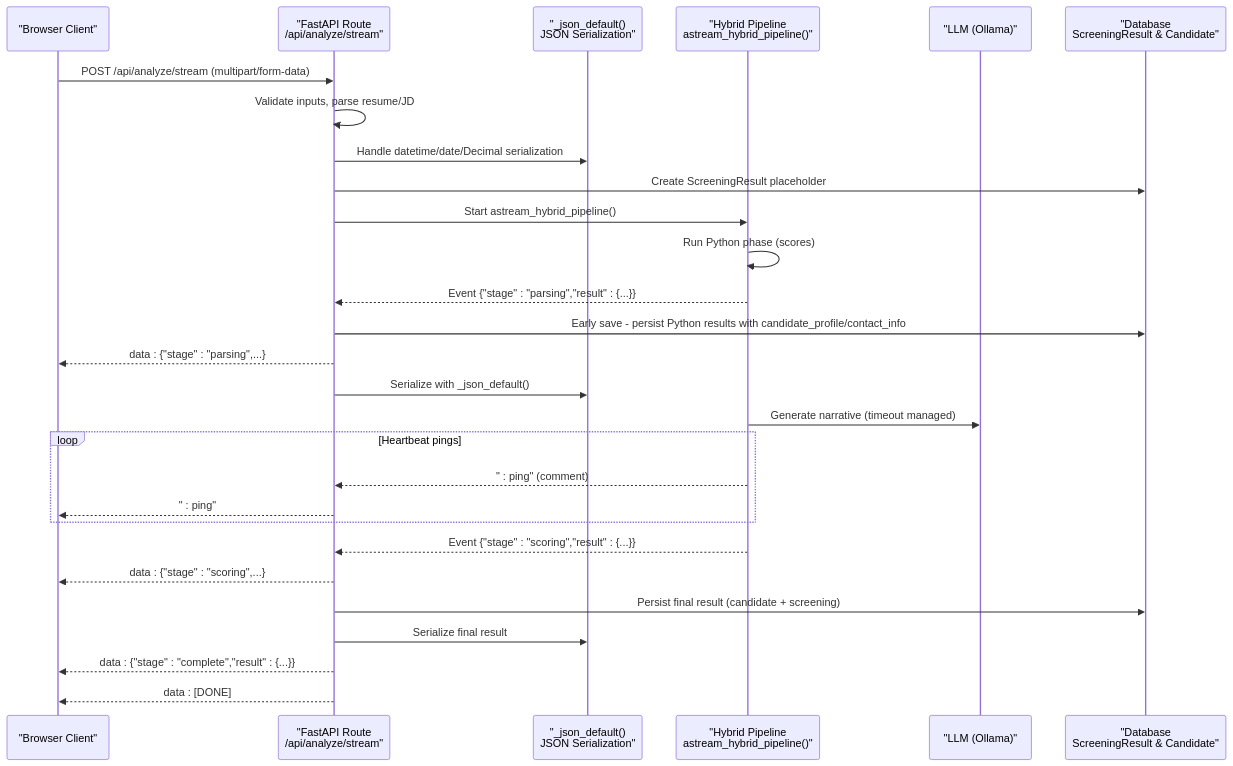
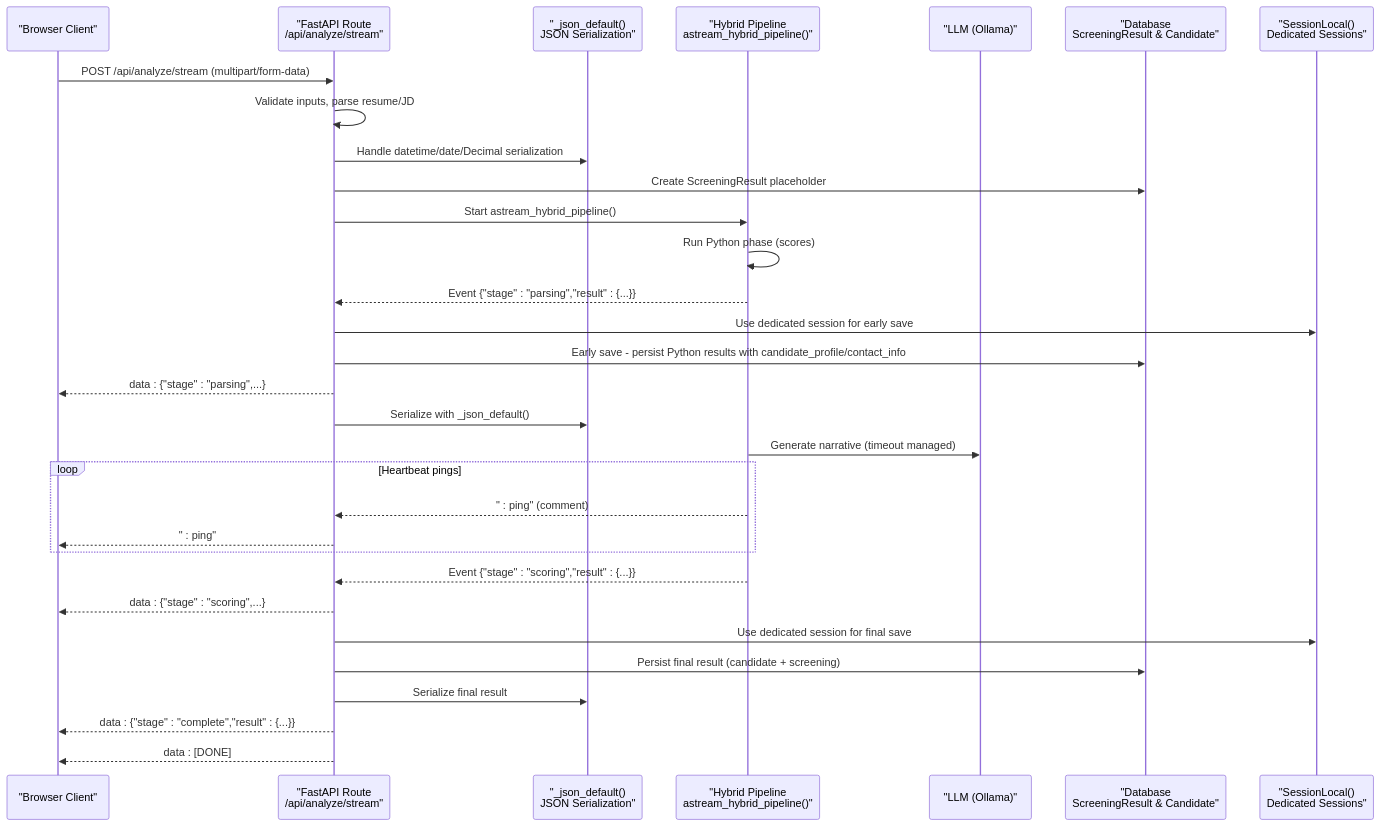
One commit to Revanththetalogics/aireume changed the second of 3 diagrams in .qoder/repowiki/en/content/API Reference/Analysis Endpoints/Streaming Analysis.md. Above: the diagram before and after it, drawn with Mermaid. The commit also changed other lines of this file and 4 other files, not shown here.

````diff
--- a/.qoder/repowiki/en/content/API Reference/Analysis Endpoints/Streaming Analysis.md
+++ b/.qoder/repowiki/en/content/API Reference/Analysis Endpoints/Streaming Analysis.md
@@ -121,30 +128,33 @@
 ```mermaid
 sequenceDiagram
 participant Client as "Browser Client"
 participant API as "FastAPI Route<br/>/api/analyze/stream"
 participant Serializer as "_json_default()<br/>JSON Serialization"
 participant Pipeline as "Hybrid Pipeline<br/>astream_hybrid_pipeline()"
 participant LLM as "LLM (Ollama)"
 participant DB as "Database<br/>ScreeningResult & Candidate"
+participant SessionLocal as "SessionLocal()<br/>Dedicated Sessions"
 Client->>API : POST /api/analyze/stream (multipart/form-data)
 API->>API : Validate inputs, parse resume/JD
 API->>Serializer : Handle datetime/date/Decimal serialization
 API->>DB : Create ScreeningResult placeholder
 API->>Pipeline : Start astream_hybrid_pipeline()
 Pipeline->>Pipeline : Run Python phase (scores)
 Pipeline-->>API : Event {"stage" : "parsing","result" : {...}}
+API->>SessionLocal : Use dedicated session for early save
 API->>DB : Early save - persist Python results with candidate_profile/contact_info
 API-->>Client : data : {"stage" : "parsing",...}
 API->>Serializer : Serialize with _json_default()
 Pipeline->>LLM : Generate narrative (timeout managed)
 loop Heartbeat pings
 Pipeline-->>API : " : ping" (comment)
 API-->>Client : " : ping"
 end
 Pipeline-->>API : Event {"stage" : "scoring","result" : {...}}
 API-->>Client : data : {"stage" : "scoring",...}
+API->>SessionLocal : Use dedicated session for final save
 API->>DB : Persist final result (candidate + screening)
 API->>Serializer : Serialize final result
 API-->>Client : data : {"stage" : "complete","result" : {...}}
 API-->>Client : data : [DONE]
 ```
````
